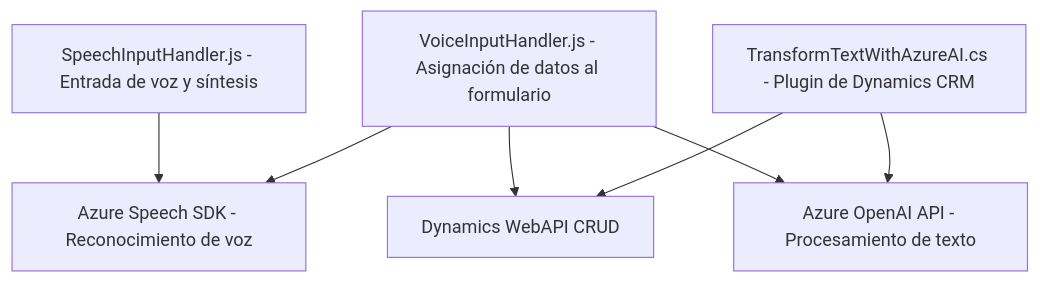
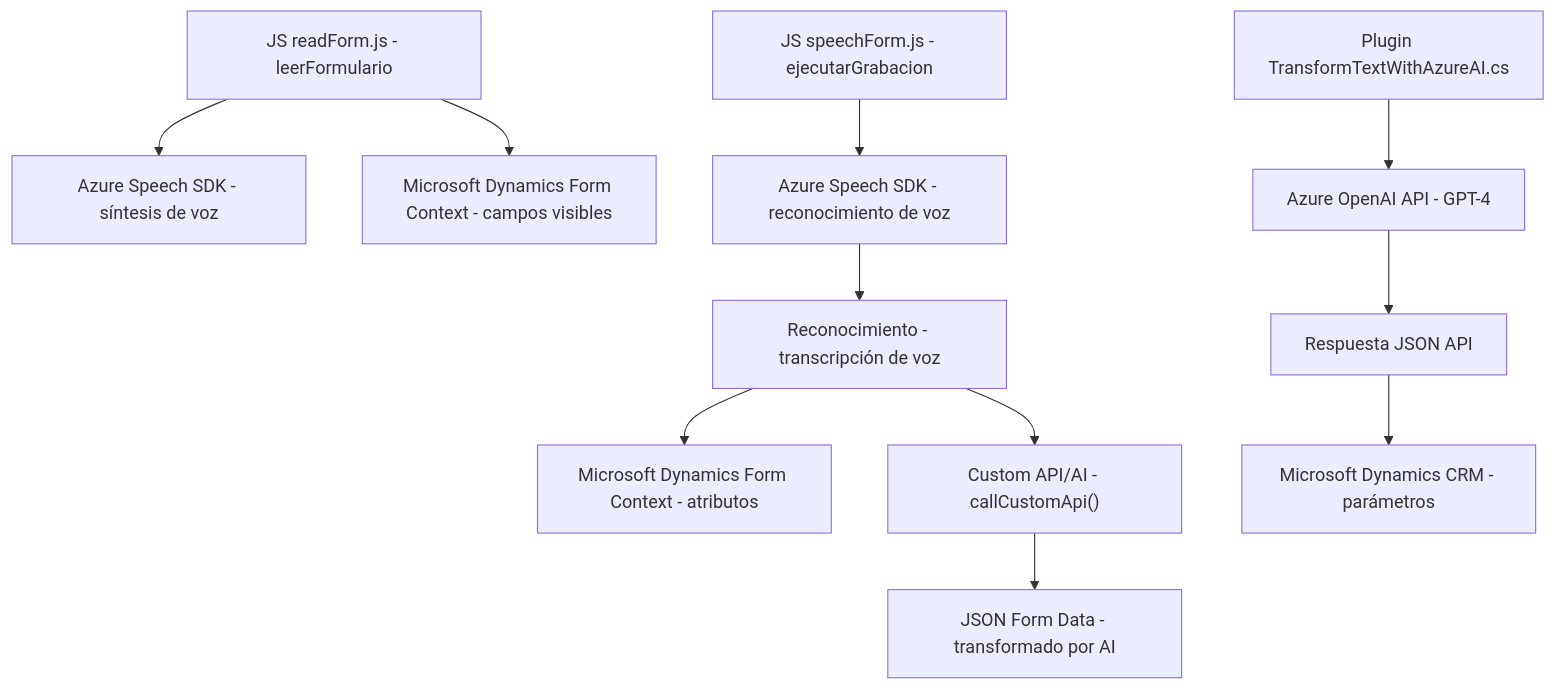
The diagram in README.md (blopezdm/NETCORE_BILBAO2025), drawn with Mermaid before and after one commit. The commit also changed other lines of this file, not shown here.

````diff
--- a/README.md
+++ b/README.md
@@ -39,16 +38,15 @@
 ```mermaid
 graph TD
-    A["SpeechInputHandler.js - Entrada de voz y síntesis"]
-    B["VoiceInputHandler.js - Asignación de datos al formulario"]
-    C["TransformTextWithAzureAI.cs - Plugin de Dynamics CRM"]
-    D["Dynamics WebAPI CRUD"]
-    E["Azure Speech SDK - Reconocimiento de voz"]
-    F["Azure OpenAI API - Procesamiento de texto"]
+    A["JS readForm.js - leerFormulario"] --> B["Azure Speech SDK - síntesis de voz"]
+    A["JS readForm.js - leerFormulario"] --> C["Microsoft Dynamics Form Context - campos visibles"]
 
-    A --> E
-    B --> E
-    B --> D
-    B --> F
-    C --> D
-    C --> F
+    D["JS speechForm.js - ejecutarGrabacion"] --> E["Azure Speech SDK - reconocimiento de voz"]
+    E --> F["Reconocimiento - transcripción de voz"]
+    F --> G["Microsoft Dynamics Form Context - atributos"]
+    F --> H["Custom API/AI - callCustomApi()"]
+    H --> I["JSON Form Data - transformado por AI"]
+
+    J["Plugin TransformTextWithAzureAI.cs"] --> K["Azure OpenAI API - GPT-4"]
+    K --> L["Respuesta JSON API"]
+    L --> M["Microsoft Dynamics CRM - parámetros"]
 ```
````
